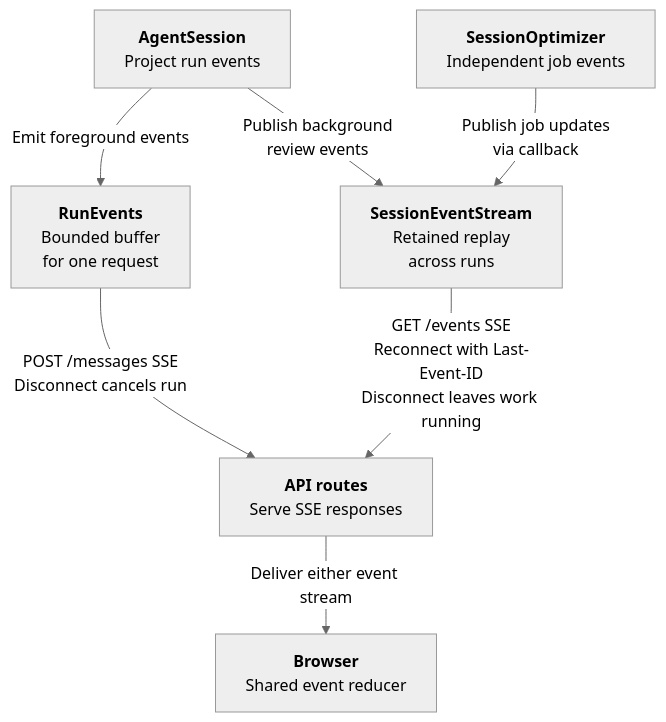
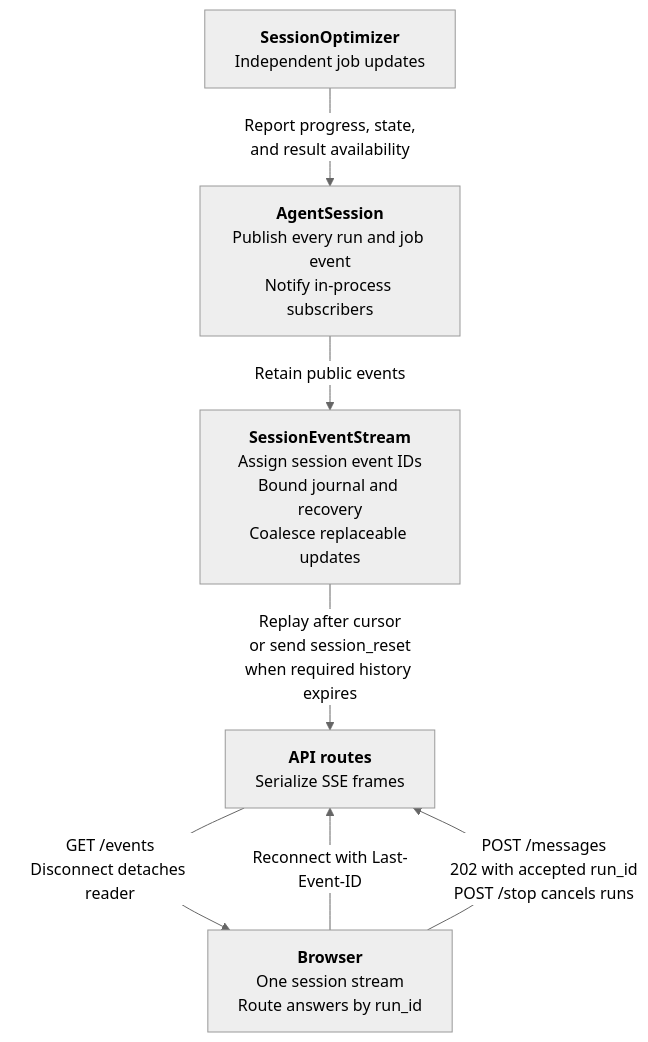
Before and after one commit to j3soon/nurse-scheduling: the fourth of 15 diagrams in docs/content/developer-guide/ai-assistant.md, drawn with Mermaid (neutral theme). The commit also changed other lines of this file and 16 other files, not shown here.

First line of the commit message:
feat(core/ai): unify run delivery through session events

````diff
--- a/docs/content/developer-guide/ai-assistant.md
+++ b/docs/content/developer-guide/ai-assistant.md
@@ -159,16 +159,15 @@
 ```mermaid
 flowchart TB
-    Session[<b>AgentSession</b><br/>Project run events]
-    Jobs[<b>SessionOptimizer</b><br/>Independent job events]
-    Foreground[<b>RunEvents</b><br/>Bounded buffer<br/>for one request]
-    Events[<b>SessionEventStream</b><br/>Retained replay<br/>across runs]
-    Routes[<b>API routes</b><br/>Serve SSE responses]
-    Browser[<b>Browser</b><br/>Shared event reducer]
+    Session[<b>AgentSession</b><br/>Publish every run and job event<br/>Notify in-process subscribers]
+    Jobs[<b>SessionOptimizer</b><br/>Independent job updates]
+    Events[<b>SessionEventStream</b><br/>Assign session event IDs<br/>Bound journal and recovery<br/>Coalesce replaceable updates]
+    Routes[<b>API routes</b><br/>Serialize SSE frames]
+    Browser[<b>Browser</b><br/>One session stream<br/>Route answers by run_id]
 
-    Session -->|Emit foreground events| Foreground
-    Session -->|Publish background<br/>review events| Events
-    Jobs -->|Publish job updates<br/>via callback| Events
-    Foreground -->|POST /messages SSE<br/>Disconnect cancels run| Routes
-    Events -->|GET /events SSE<br/>Reconnect with Last-Event-ID<br/>Disconnect leaves work running| Routes
-    Routes -->|Deliver either event stream| Browser
+    Jobs -->|Report progress, state,<br/>and result availability| Session
+    Session -->|Retain public events| Events
+    Events -->|Replay after cursor<br/>or send session_reset<br/>when required history expires| Routes
+    Routes -->|GET /events<br/>Disconnect detaches reader| Browser
+    Browser -->|Reconnect with Last-Event-ID| Routes
+    Browser -->|POST /messages<br/>202 with accepted run_id<br/>POST /stop cancels runs| Routes
 ```
````
